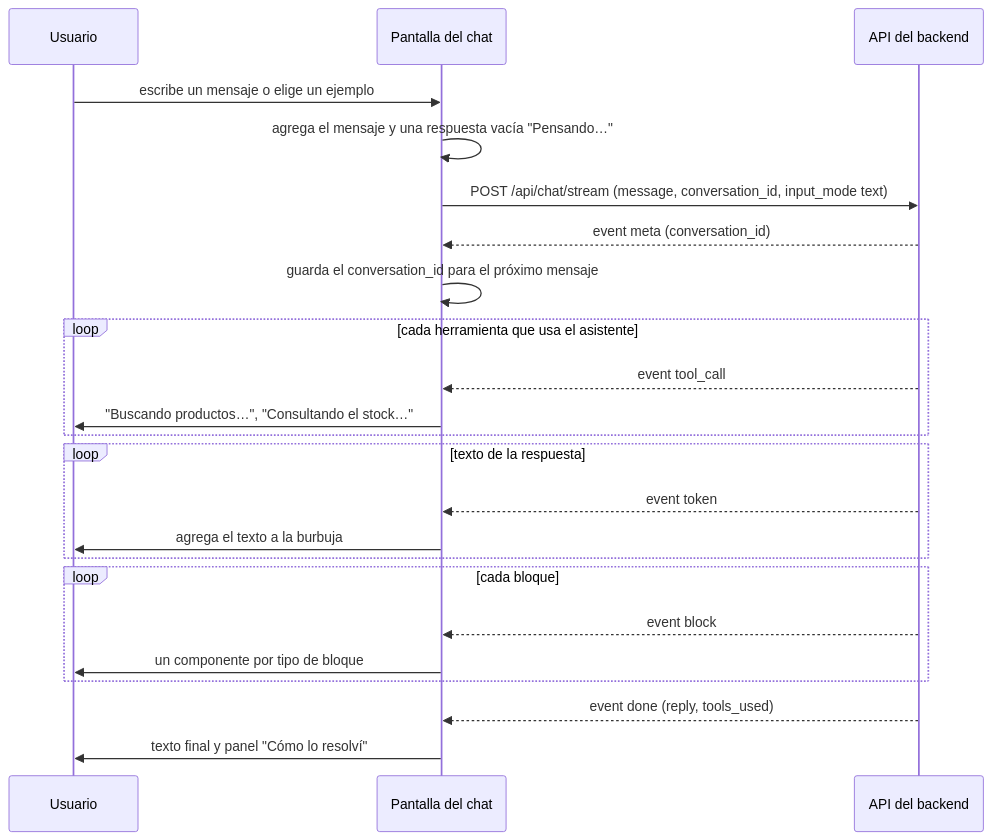
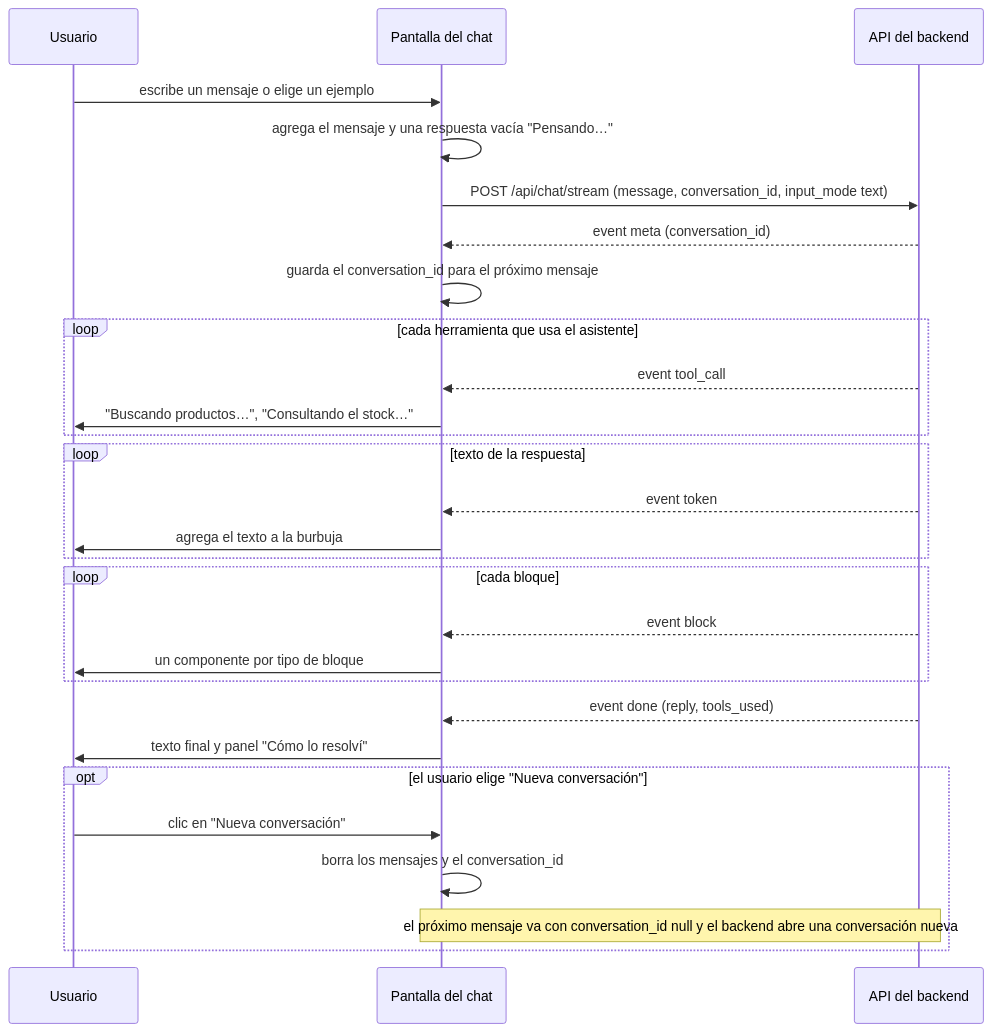
One commit to Saikus08/mercanova-ai-assistant changed the first of 4 diagrams in docs/diagrams/chat-ui-flow.md. Above: the diagram before and after it, drawn with Mermaid. The commit also changed 1 other file, not shown here.

Commit message:
docs(diagrams): update the checkout and chat UI flows (#84)

````diff
--- a/docs/diagrams/chat-ui-flow.md
+++ b/docs/diagrams/chat-ui-flow.md
@@ -9,26 +9,31 @@
 ```mermaid
 sequenceDiagram
     participant U as Usuario
     participant F as Pantalla del chat
     participant API as API del backend
 
     U->>F: escribe un mensaje o elige un ejemplo
     F->>F: agrega el mensaje y una respuesta vacía "Pensando…"
     F->>API: POST /api/chat/stream (message, conversation_id, input_mode text)
     API-->>F: event meta (conversation_id)
     F->>F: guarda el conversation_id para el próximo mensaje
     loop cada herramienta que usa el asistente
         API-->>F: event tool_call
         F->>U: "Buscando productos…", "Consultando el stock…"
     end
     loop texto de la respuesta
         API-->>F: event token
         F->>U: agrega el texto a la burbuja
     end
     loop cada bloque
         API-->>F: event block
         F->>U: un componente por tipo de bloque
     end
     API-->>F: event done (reply, tools_used)
     F->>U: texto final y panel "Cómo lo resolví"
+    opt el usuario elige "Nueva conversación"
+        U->>F: clic en "Nueva conversación"
+        F->>F: borra los mensajes y el conversation_id
+        Note over F,API: el próximo mensaje va con conversation_id null y el backend abre una conversación nueva
+    end
 ```
````
